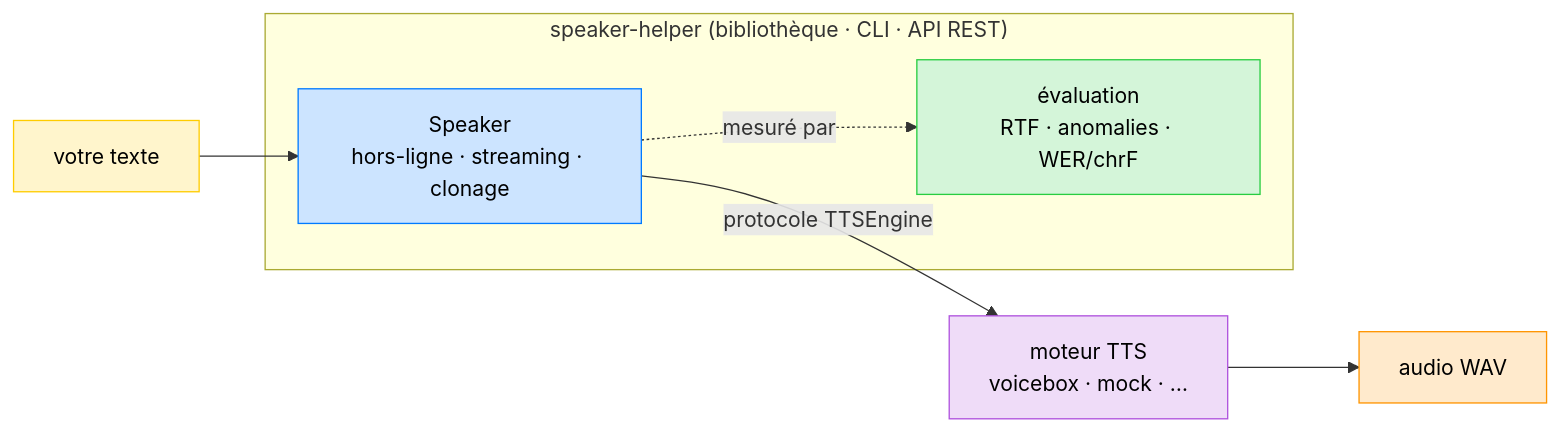
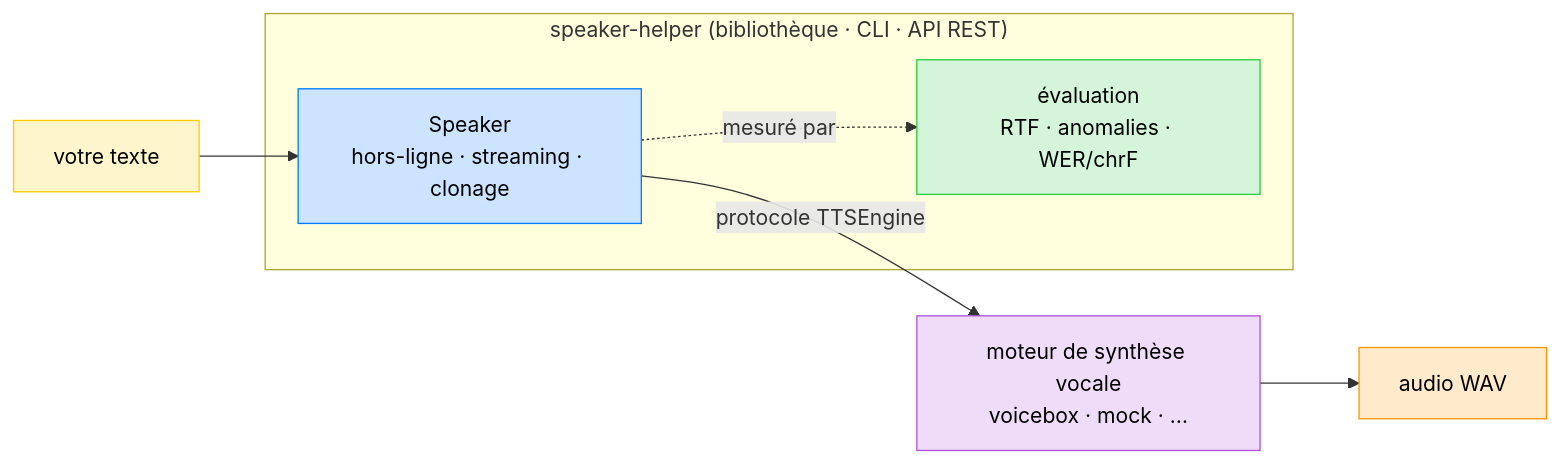
Before and after one commit to warith-harchaoui/speaker-helper: the diagram in LISEZMOI.md, drawn with Mermaid. The commit also changed other lines of this file and 3 other files, not shown here.

````diff
--- a/LISEZMOI.md
+++ b/LISEZMOI.md
@@ -49,21 +49,21 @@
 ```mermaid
 flowchart LR
     text["votre texte"]:::input
     subgraph SH["speaker-helper (bibliothèque · CLI · API REST)"]
         speaker["Speaker<br/>hors-ligne · streaming · clonage"]:::core
         eval["évaluation<br/>RTF · anomalies · WER/chrF"]:::eval
     end
-    engine["moteur TTS<br/>voicebox · mock · …"]:::engine
+    engine["moteur de synthèse vocale<br/>voicebox · mock · …"]:::engine
     audio["audio WAV"]:::output
 
     text --> speaker
     speaker -- "protocole TTSEngine" --> engine
     engine --> audio
     speaker -.->|mesuré par| eval
 
     classDef input fill:#FFF5CC,stroke:#FFCC00,color:#000000
     classDef core fill:#CCE4FF,stroke:#007AFF,color:#000000
     classDef eval fill:#D4F5D9,stroke:#28CD41,color:#000000
     classDef engine fill:#EFDCF8,stroke:#AF52DE,color:#000000
     classDef output fill:#FFEACC,stroke:#FF9500,color:#000000
 ```
````
